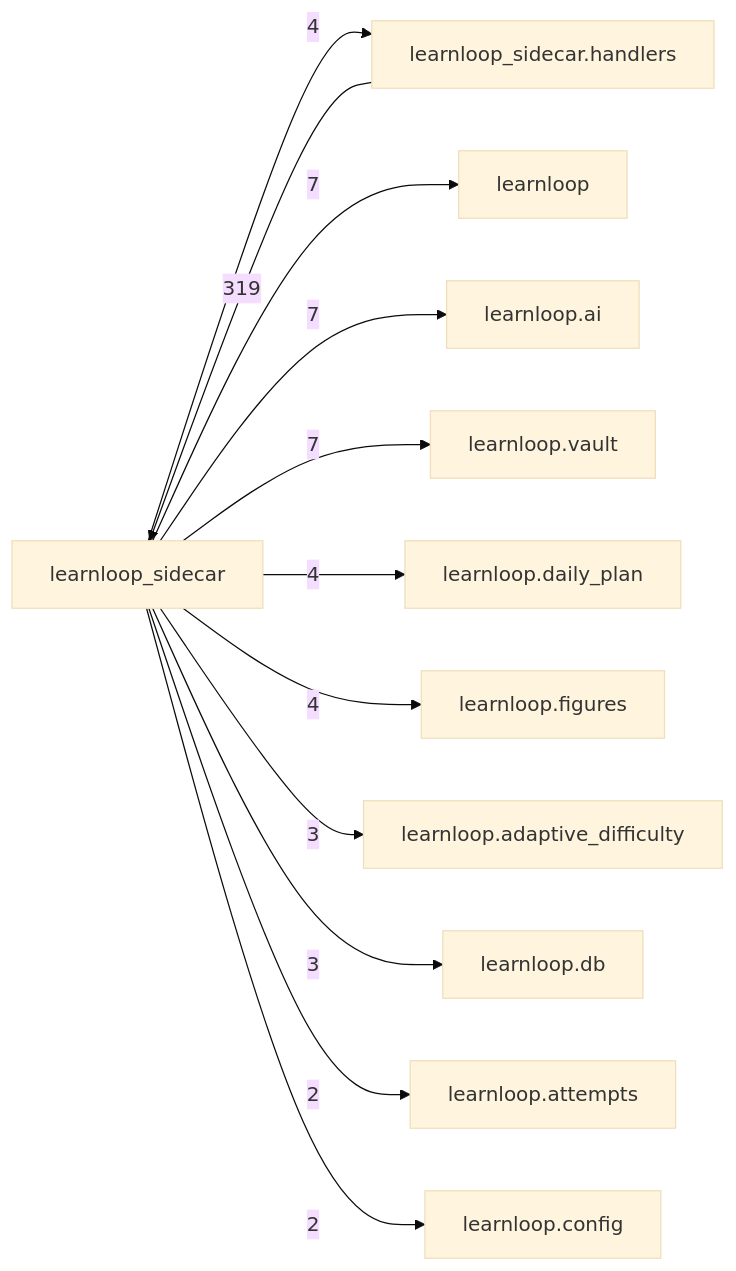
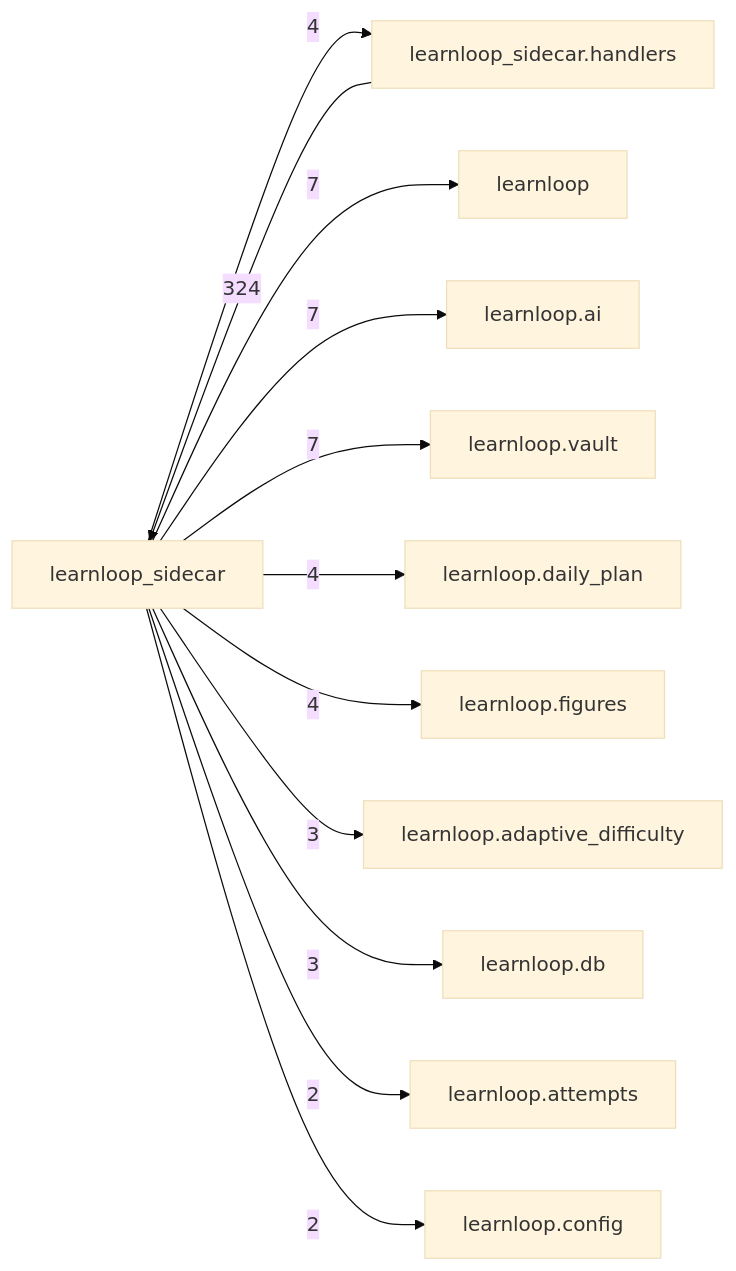
Before and after one commit to 6up-b/learnanything: the diagram in docs/learnloop-architecture-vault/Reference/Modules/learnloop_sidecar/_package.md, drawn with Mermaid (base theme). The commit also changed other lines of this file and 46 other files, not shown here.

````diff
--- a/docs/learnloop-architecture-vault/Reference/Modules/learnloop_sidecar/_package.md
+++ b/docs/learnloop-architecture-vault/Reference/Modules/learnloop_sidecar/_package.md
@@ -119,25 +122,25 @@
 ```mermaid
 flowchart LR
     center["learnloop_sidecar"]
     n_learnloop_sidecar_handlers["learnloop_sidecar.handlers"]
     n_learnloop["learnloop"]
     n_learnloop_ai["learnloop.ai"]
     n_learnloop_vault["learnloop.vault"]
     n_learnloop_daily_plan["learnloop.daily_plan"]
     n_learnloop_figures["learnloop.figures"]
     n_learnloop_adaptive_difficulty["learnloop.adaptive_difficulty"]
     n_learnloop_db["learnloop.db"]
     n_learnloop_attempts["learnloop.attempts"]
     n_learnloop_config["learnloop.config"]
-    n_learnloop_sidecar_handlers -->|319| center
+    n_learnloop_sidecar_handlers -->|324| center
     center -->|4| n_learnloop_sidecar_handlers
     center -->|7| n_learnloop
     center -->|7| n_learnloop_ai
     center -->|7| n_learnloop_vault
     center -->|4| n_learnloop_daily_plan
     center -->|4| n_learnloop_figures
     center -->|3| n_learnloop_adaptive_difficulty
     center -->|3| n_learnloop_db
     center -->|2| n_learnloop_attempts
     center -->|2| n_learnloop_config
 ```
````
